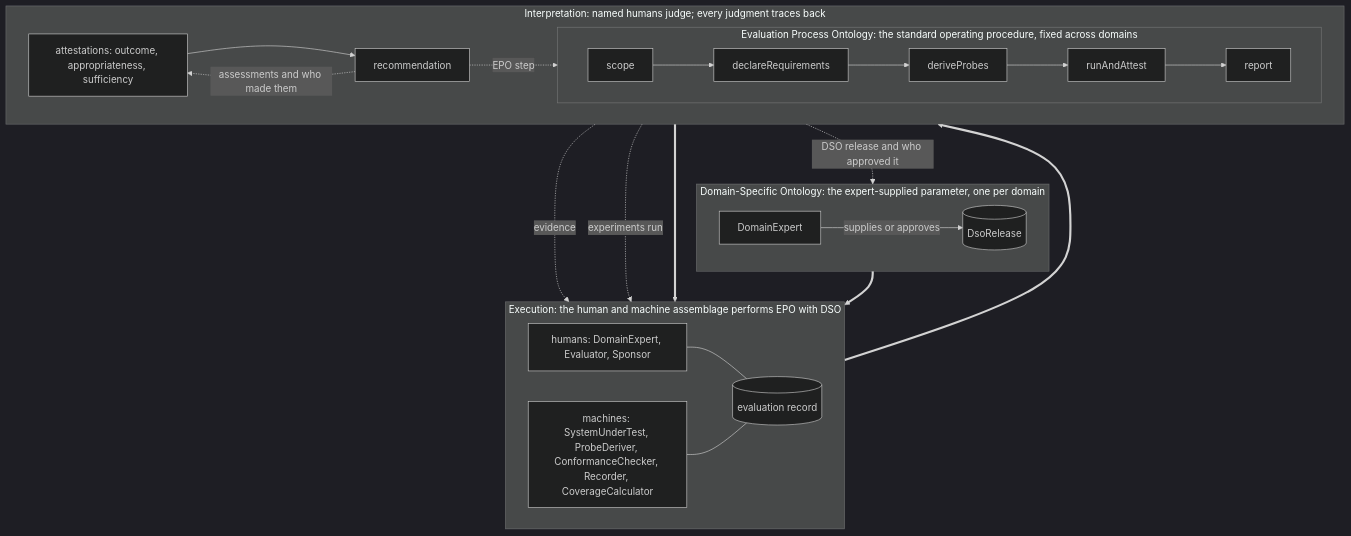
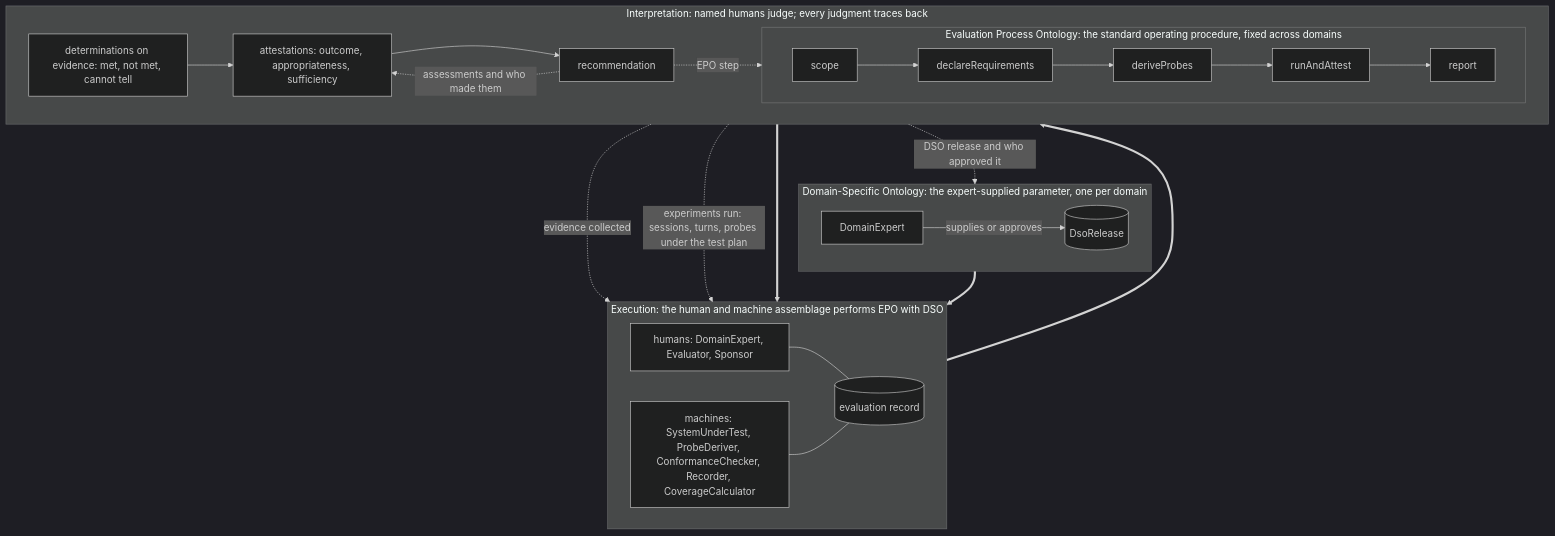
The diagram in generated/layers.md (DynamicalSystemsGroup/og-caie-spec), drawn with Mermaid (dark theme) before and after one commit. The commit also changed 9 other files, not shown here.

````diff
--- a/generated/layers.md
+++ b/generated/layers.md
@@ -3,30 +3,31 @@
 ```{mermaid}
 flowchart TB
   subgraph EPO["Evaluation Process Ontology: the standard operating procedure, fixed across domains"]
     direction LR
     s0[scope] --> s1[declareRequirements] --> s2[deriveProbes] --> s3[runAndAttest] --> s4[report]
   end
   subgraph DSO["Domain-Specific Ontology: the expert-supplied parameter, one per domain"]
     direction LR
     de[DomainExpert] -- supplies or approves --> dso[(DsoRelease)]
   end
   subgraph EXEC["Execution: the human and machine assemblage performs EPO with DSO"]
     direction LR
     H["humans: DomainExpert, Evaluator, Sponsor"]
     M["machines: SystemUnderTest, ProbeDeriver, ConformanceChecker, Recorder, CoverageCalculator"]
     H --- rec[(evaluation record)]
     M --- rec
   end
   subgraph INTERP["Interpretation: named humans judge; every judgment traces back"]
     direction LR
-    att[attestations: outcome, appropriateness, sufficiency] --> recmd[recommendation]
-    recmd -. evidence .-> rec
-    recmd -. experiments run .-> rec
+    det[determinations on evidence: met, not met, cannot tell] --> att[attestations: outcome, appropriateness, sufficiency]
+    att --> recmd[recommendation]
+    recmd -. evidence collected .-> rec
+    recmd -. experiments run: sessions, turns, probes under the test plan .-> rec
     recmd -. assessments and who made them .-> att
     recmd -. DSO release and who approved it .-> dso
     recmd -. EPO step .-> EPO
   end
   EPO ==> EXEC
   DSO ==> EXEC
   EXEC ==> INTERP
 ```
````
